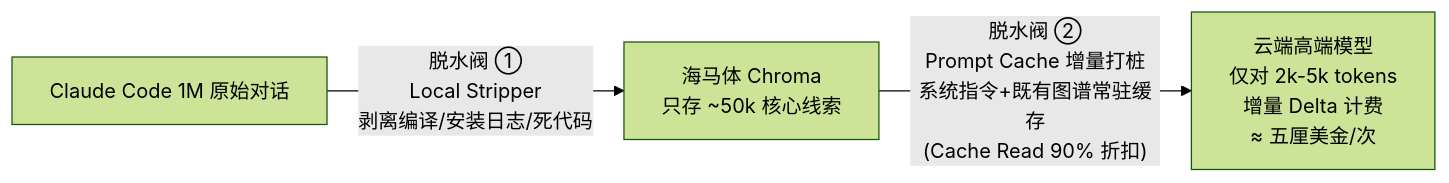
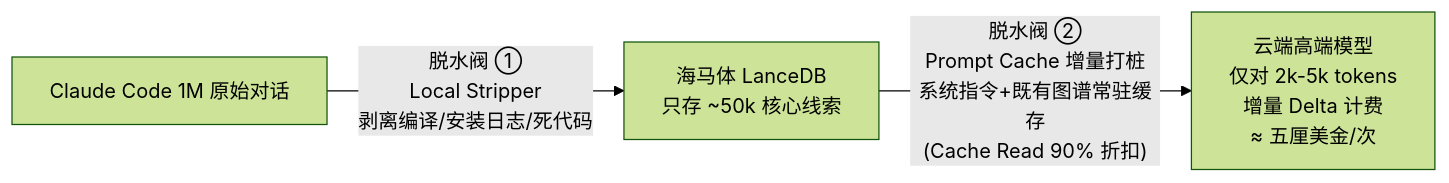
Before and after one commit to MnemoSeed/mnemoseed: the fourth of 5 diagrams in docs/design/02-梦境引擎.md, drawn with Mermaid (forest theme). The commit also changed other lines of this file and 12 other files, not shown here.

````diff
--- a/docs/design/02-梦境引擎.md
+++ b/docs/design/02-梦境引擎.md
@@ -106,5 +110,5 @@
 ```mermaid
 flowchart LR
-    A["Claude Code 1M 原始对话"] -->|"脱水阀 ①<br/>Local Stripper<br/>剥离编译/安装日志/死代码"| B["海马体 Chroma<br/>只存 ~50k 核心线索"]
+    A["Claude Code 1M 原始对话"] -->|"脱水阀 ①<br/>Local Stripper<br/>剥离编译/安装日志/死代码"| B["海马体 LanceDB<br/>只存 ~50k 核心线索"]
     B -->|"脱水阀 ②<br/>Prompt Cache 增量打桩<br/>系统指令+既有图谱常驻缓存<br/>(Cache Read 90% 折扣)"| C["云端高端模型<br/>仅对 2k-5k tokens<br/>增量 Delta 计费<br/>≈ 五厘美金/次"]
 ```
````
